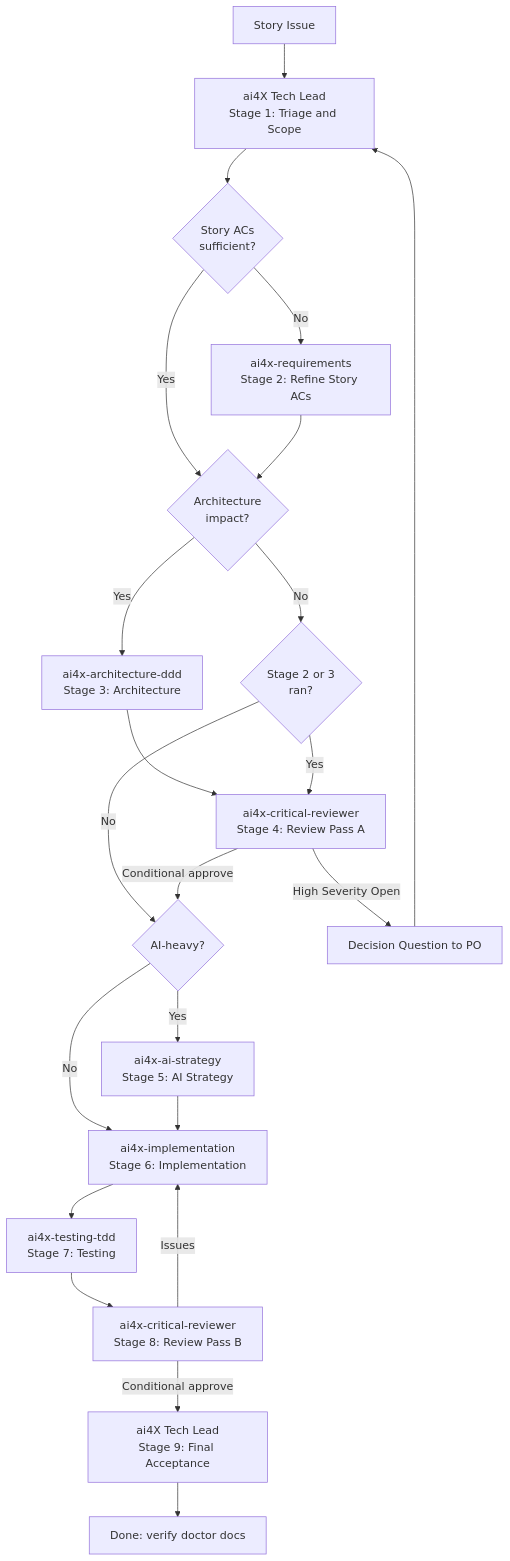
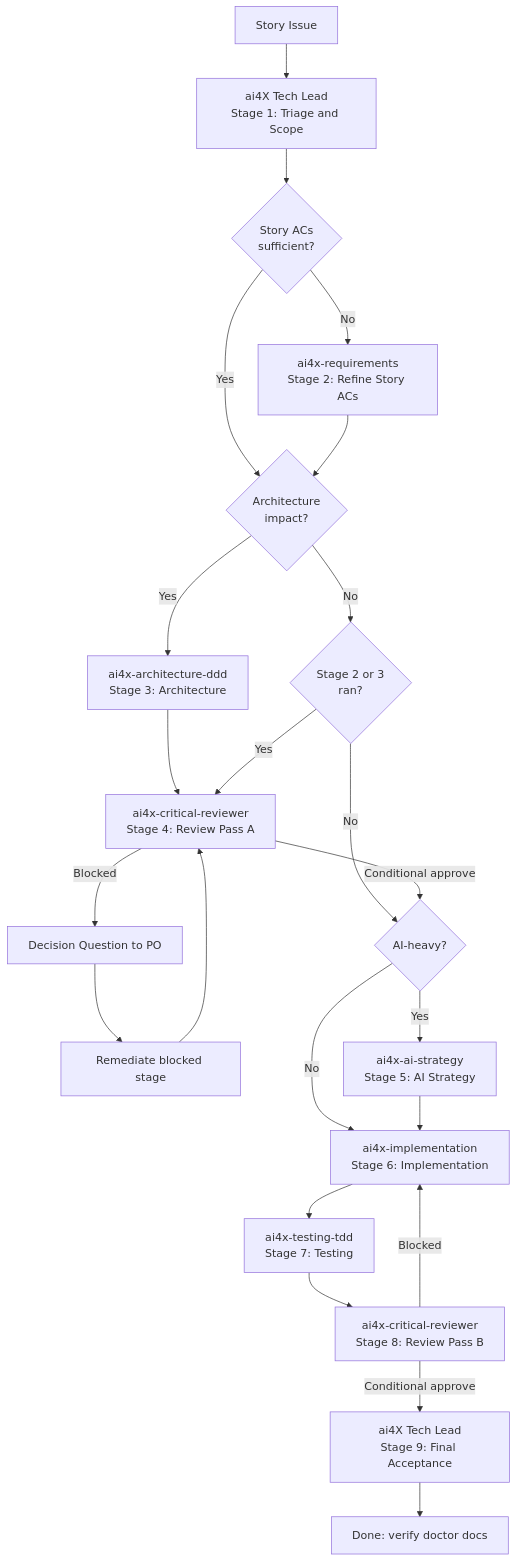
Before and after one commit to normenmueller/ai4X: the second of 2 diagrams in adm/gdl/dev/protocols/workflow.md, drawn with Mermaid. The commit also changed other lines of this file and 17 other files, not shown here.

````diff
--- a/adm/gdl/dev/protocols/workflow.md
+++ b/adm/gdl/dev/protocols/workflow.md
@@ -259,24 +264,25 @@
 ```mermaid
 flowchart TD
 	STORY[Story Issue] --> O1[ai4X Tech Lead<br/>Stage 1: Triage and Scope]
 	O1 --> NEED_REQ{Story ACs<br/>sufficient?}
 	NEED_REQ -->|No| R[ai4x-requirements<br/>Stage 2: Refine Story ACs]
 	NEED_REQ -->|Yes| NEED_ARCH{Architecture<br/>impact?}
 	R --> NEED_ARCH
 	NEED_ARCH -->|Yes| A[ai4x-architecture-ddd<br/>Stage 3: Architecture]
 	NEED_ARCH -->|No| NEED_CRA{Stage 2 or 3<br/>ran?}
 	A --> CR1[ai4x-critical-reviewer<br/>Stage 4: Review Pass A]
 	NEED_CRA -->|Yes| CR1
 	NEED_CRA -->|No| NEED_AI{AI-heavy?}
-	CR1 -->|High Severity Open| DQ[Decision Question to PO]
-	DQ --> O1
+	CR1 -->|Blocked| DQ[Decision Question to PO]
+	DQ --> CR1_FIX[Remediate blocked stage]
+	CR1_FIX --> CR1
 	CR1 -->|Conditional approve| NEED_AI
 	NEED_AI -->|Yes| S[ai4x-ai-strategy<br/>Stage 5: AI Strategy]
 	NEED_AI -->|No| I
 	S --> I[ai4x-implementation<br/>Stage 6: Implementation]
 	I --> T[ai4x-testing-tdd<br/>Stage 7: Testing]
 	T --> CR2[ai4x-critical-reviewer<br/>Stage 8: Review Pass B]
-	CR2 -->|Issues| I
+	CR2 -->|Blocked| I
 	CR2 -->|Conditional approve| O2[ai4X Tech Lead<br/>Stage 9: Final Acceptance]
 	O2 --> DONE[Done: verify doctor docs]
 ```
````
